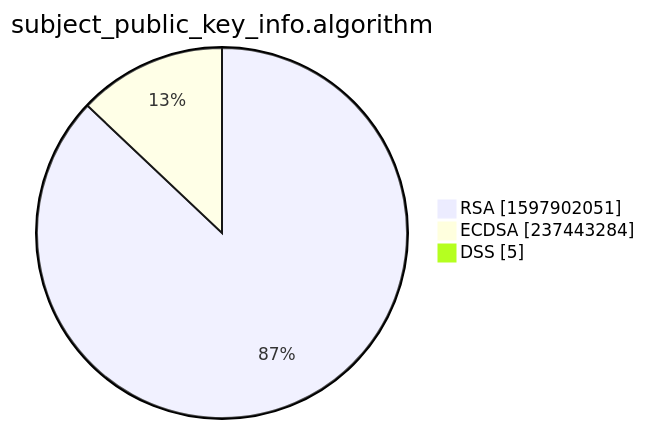
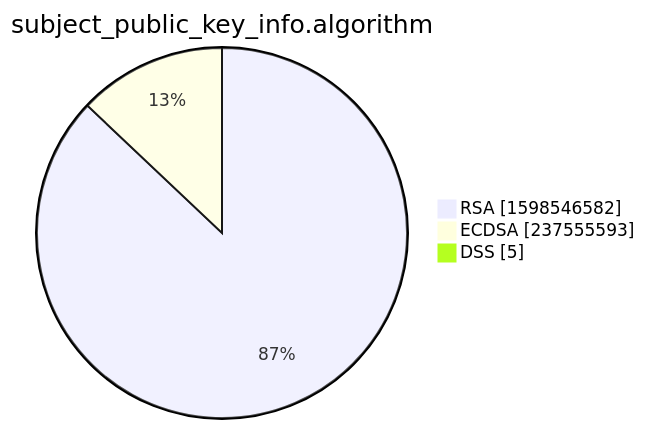
One commit to christiankrug/ctmonitor_visualization changed the third of 15 diagrams in xenon2022/README.md. Above: the diagram before and after it, drawn with Mermaid. The commit also changed other lines of this file, not shown here.

````diff
--- a/xenon2022/README.md
+++ b/xenon2022/README.md
@@ -14,7 +14,7 @@
 ```mermaid
 pie showData
 title subject_public_key_info.algorithm
-"RSA" :1597902051
-"ECDSA" :237443284
+"RSA" :1598546582
+"ECDSA" :237555593
 "DSS" :5
 ```
````
